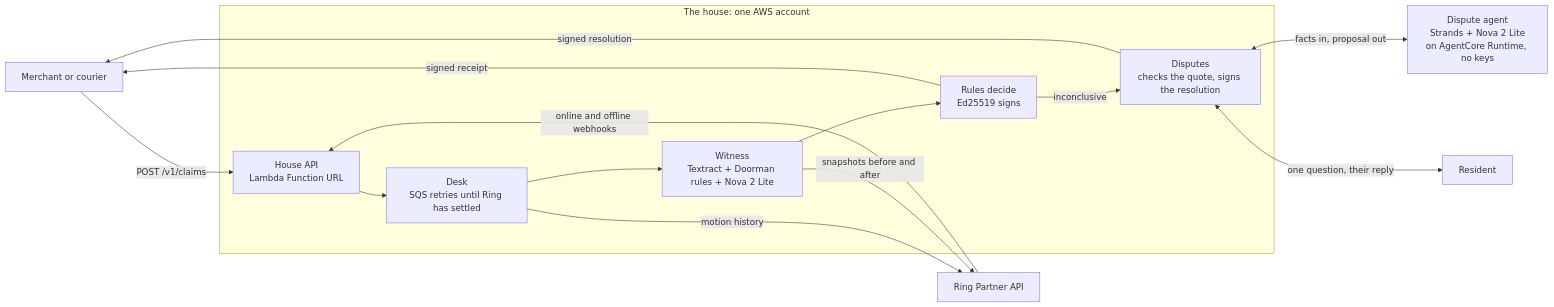
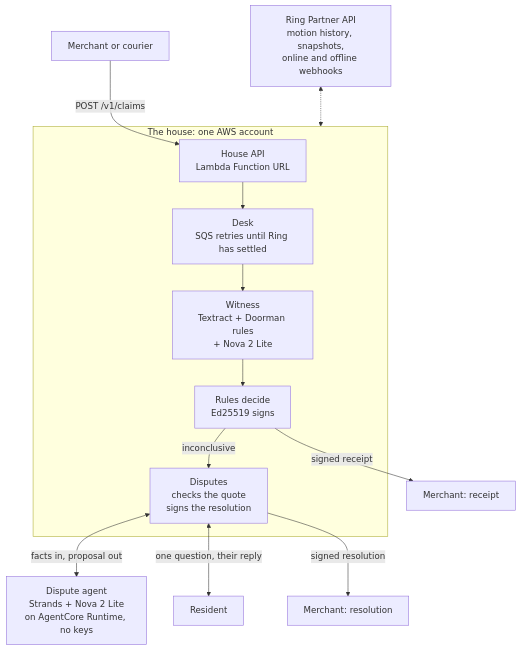
Before and after one commit to N-45div/CounterSign: the diagram in README.md, drawn with Mermaid.

Commit message:
Lay the README diagram out top to bottom so no arrow crosses back

````diff
--- a/README.md
+++ b/README.md
@@ -32,17 +32,15 @@
 ```mermaid
-flowchart LR
+flowchart TB
     M["Merchant or courier"] -->|"POST /v1/claims"| API
     subgraph HOUSE["The house: one AWS account"]
         API["House API<br/>Lambda Function URL"] --> DESK["Desk<br/>SQS retries until Ring has settled"]
-        DESK --> WIT["Witness<br/>Textract + Doorman rules + Nova 2 Lite"]
+        DESK --> WIT["Witness<br/>Textract + Doorman rules<br/>+ Nova 2 Lite"]
         WIT --> RULES["Rules decide<br/>Ed25519 signs"]
-        RULES -->|inconclusive| DIS["Disputes<br/>checks the quote, signs the resolution"]
+        RULES -->|inconclusive| DIS["Disputes<br/>checks the quote<br/>signs the resolution"]
     end
-    DESK -->|"motion history"| RING["Ring Partner API"]
-    WIT -->|"snapshots before and after"| RING
-    RING -->|"online and offline webhooks"| API
-    RULES -->|"signed receipt"| M
+    RING["Ring Partner API<br/>motion history, snapshots,<br/>online and offline webhooks"] <-.-> HOUSE
+    RULES -->|"signed receipt"| OUT["Merchant: receipt"]
     DIS <-->|"facts in, proposal out"| AGENT["Dispute agent<br/>Strands + Nova 2 Lite<br/>on AgentCore Runtime, no keys"]
     DIS <-->|"one question, their reply"| RES["Resident"]
-    DIS -->|"signed resolution"| M
+    DIS -->|"signed resolution"| OUT2["Merchant: resolution"]
 ```
````
